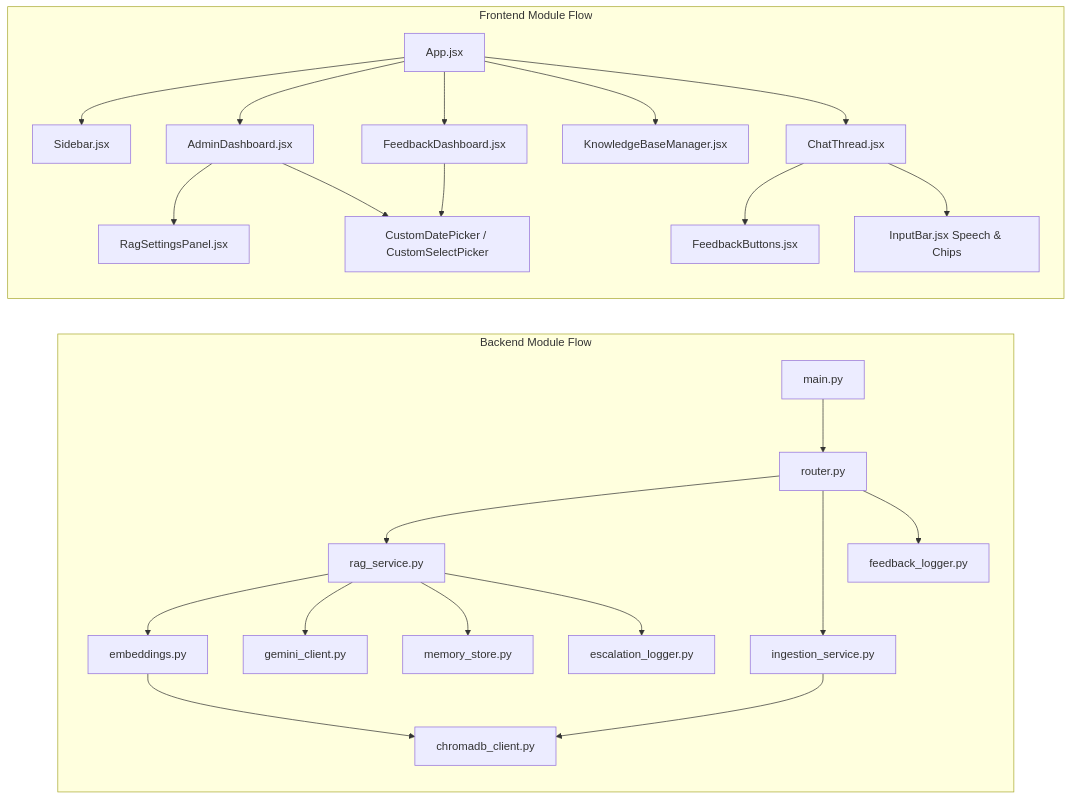
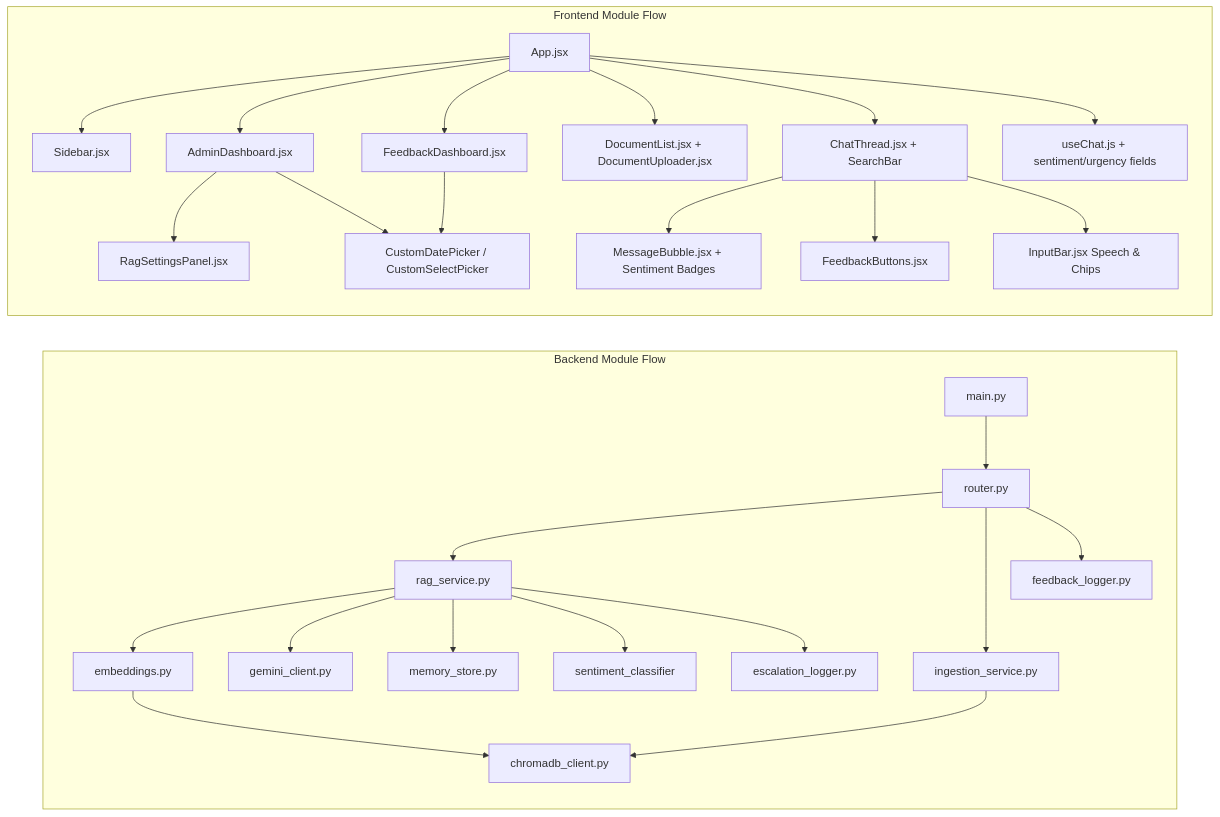
The second of 2 diagrams in README.md (Giancyril/Relay), drawn with Mermaid before and after one commit. The commit also changed other lines of this file, not shown here.

````diff
--- a/README.md
+++ b/README.md
@@ -107,28 +126,31 @@
 ```mermaid
 graph LR
     subgraph BE_Deps ["Backend Module Flow"]
         Main[main.py] --> Router[router.py]
         Router --> RAG[rag_service.py]
         Router --> KB[ingestion_service.py]
         RAG --> Embed[embeddings.py]
         RAG --> LLM[gemini_client.py]
         RAG --> Mem[memory_store.py]
+        RAG --> Sent[sentiment_classifier]
         RAG --> EscLog[escalation_logger.py]
         Router --> FBLog[feedback_logger.py]
         Embed --> ChromaClient[chromadb_client.py]
         KB --> ChromaClient
     end
 
     subgraph FE_Deps ["Frontend Module Flow"]
         App[App.jsx] --> SidebarNav[Sidebar.jsx]
-        App --> ChatPage[ChatThread.jsx]
+        App --> ChatPage[ChatThread.jsx + SearchBar]
         App --> AdminPage[AdminDashboard.jsx]
-        App --> KBPage[KnowledgeBaseManager.jsx]
+        App --> KBPage[DocumentList.jsx + DocumentUploader.jsx]
         App --> CSATPage[FeedbackDashboard.jsx]
         AdminPage --> RagConfig[RagSettingsPanel.jsx]
         AdminPage --> CustomPickers[CustomDatePicker / CustomSelectPicker]
         CSATPage --> CustomPickers
+        ChatPage --> MsgBubble[MessageBubble.jsx + Sentiment Badges]
         ChatPage --> FeedbackBtn[FeedbackButtons.jsx]
         ChatPage --> InputBox[InputBar.jsx Speech & Chips]
+        App --> Hook[useChat.js + sentiment/urgency fields]
     end
 ```
````
